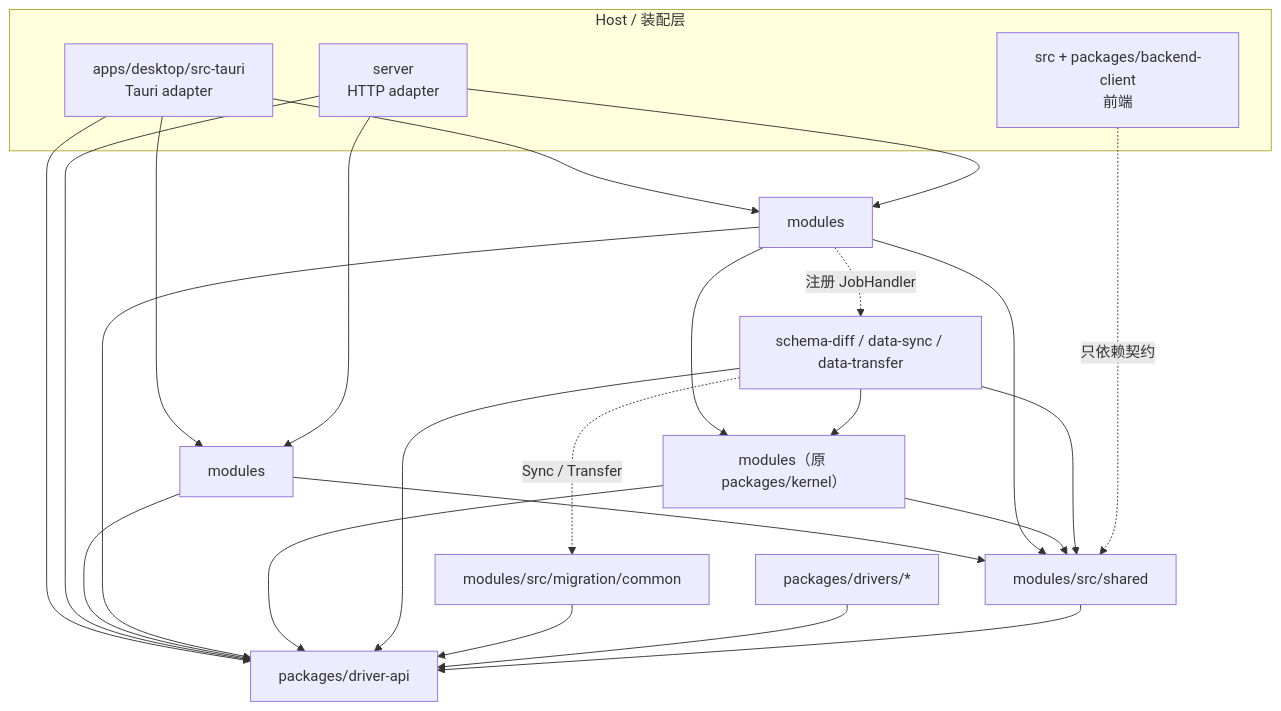
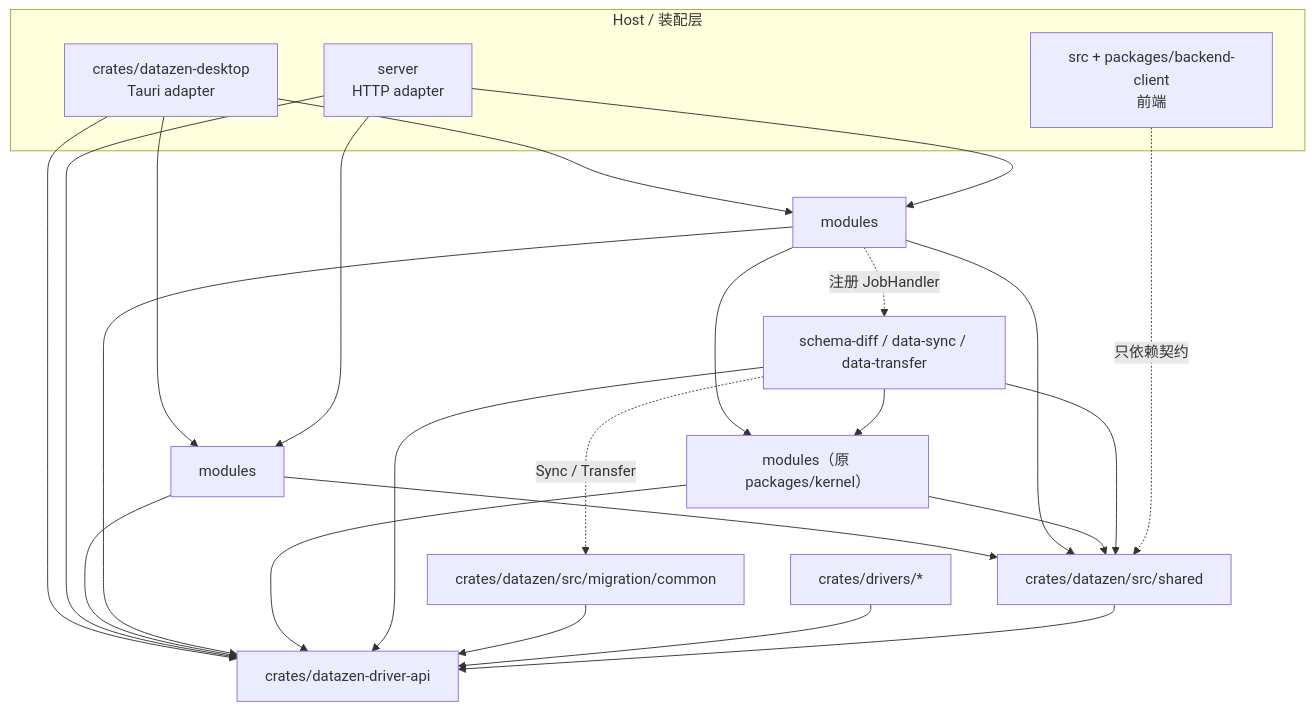
One commit to flyxl/datazen changed the first of 4 diagrams in docs/architecture/platform/shared-boundaries-and-ports.md. Above: the diagram before and after it, drawn with Mermaid. The commit also changed other lines of this file and 2629 other files, not shown here.

First line of the commit message:
W7-A: crates/packages 结构重构(纯移动,零行为变更)

````diff
--- a/docs/architecture/platform/shared-boundaries-and-ports.md
+++ b/docs/architecture/platform/shared-boundaries-and-ports.md
@@ -121,39 +121,39 @@
 ```mermaid
 flowchart TD
     subgraph host[Host / 装配层]
-        TA[apps/desktop/src-tauri<br/>Tauri adapter]
+        TA[crates/datazen-desktop<br/>Tauri adapter]
         SRV[server<br/>HTTP adapter]
         FE[src + packages/backend-client<br/>前端]
     end
     APP[modules]
     RT[modules]
     KER[modules（原 packages/kernel）]
-    PA[modules/src/shared]
-    DAPI[packages/driver-api]
+    PA[crates/datazen/src/shared]
+    DAPI[crates/datazen-driver-api]
     DOM[schema-diff / data-sync / data-transfer]
-    MC[modules/src/migration/common]
-    DRV[packages/drivers/*]
+    MC[crates/datazen/src/migration/common]
+    DRV[crates/drivers/*]
 
     TA --> APP
     TA --> RT
     TA --> DAPI
     SRV --> APP
     SRV --> RT
     SRV --> DAPI
     APP --> PA
     APP --> DAPI
     RT --> PA
     RT --> DAPI
     RT --> KER
     KER --> PA
     KER --> DAPI
     DOM --> KER
     RT -.注册 JobHandler.-> DOM
     DOM --> PA
     DOM --> DAPI
     DOM -.Sync / Transfer.-> MC
     MC --> DAPI
     DRV --> DAPI
     PA --> DAPI
     FE -.只依赖契约.-> PA
 ```
````
